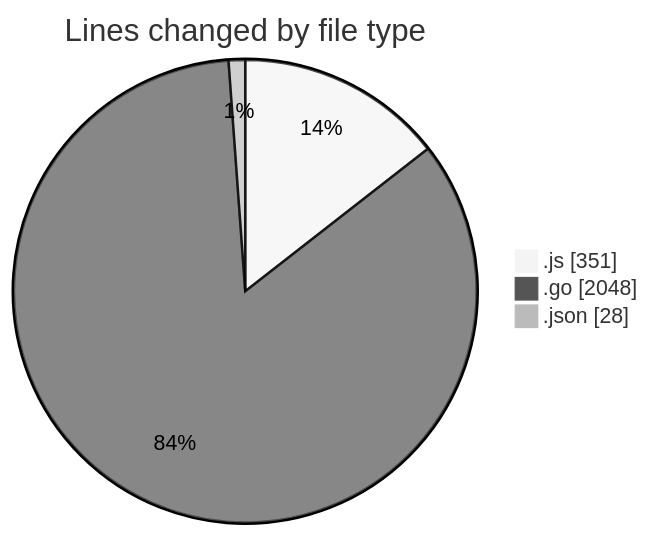
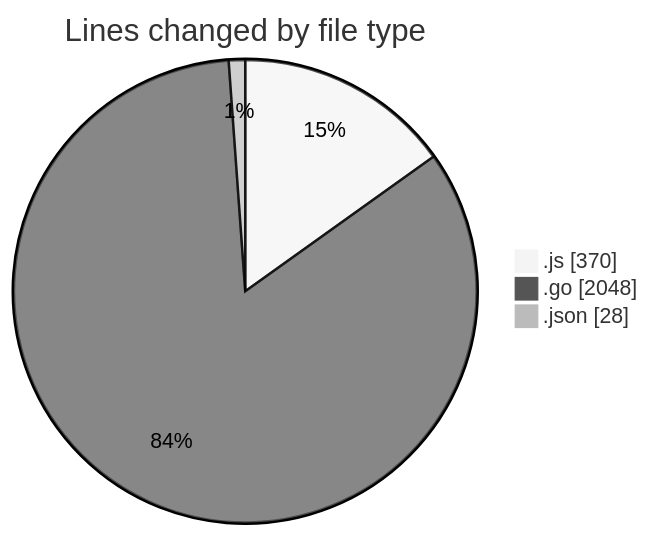
One commit to robertbonfada/code-tracking changed the first of 2 diagrams in 2025-03-04/simulador-serial/README.md. Above: the diagram before and after it, drawn with Mermaid (neutral theme). The commit also changed other lines of this file and 1 other file, not shown here.

````diff
--- a/2025-03-04/simulador-serial/README.md
+++ b/2025-03-04/simulador-serial/README.md
@@ -27,7 +27,7 @@
 ```mermaid
 pie showData
 title Lines changed by file type
-".js" : 351
+".js" : 370
 ".go" : 2048
 ".json" : 28
 ```
````
